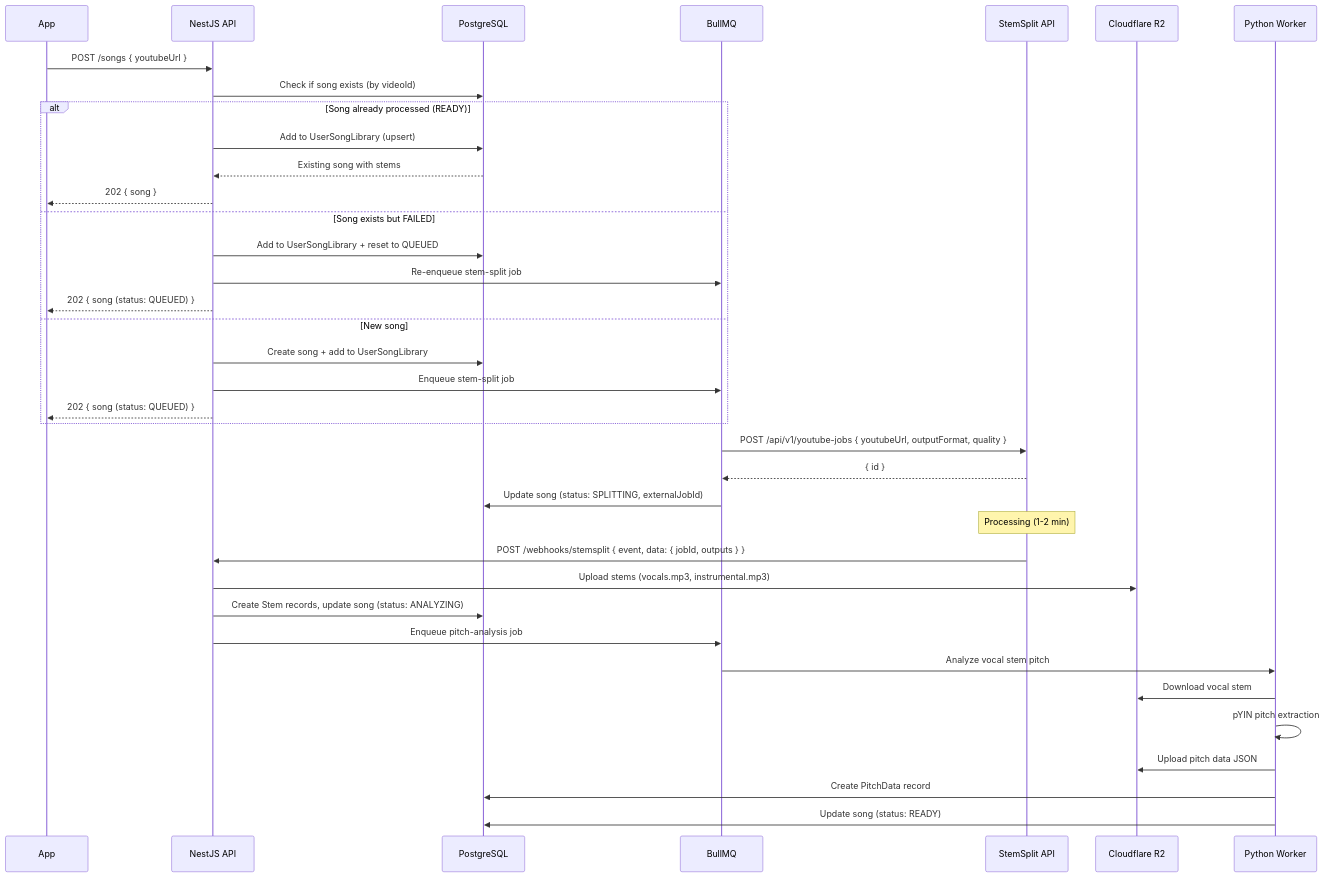
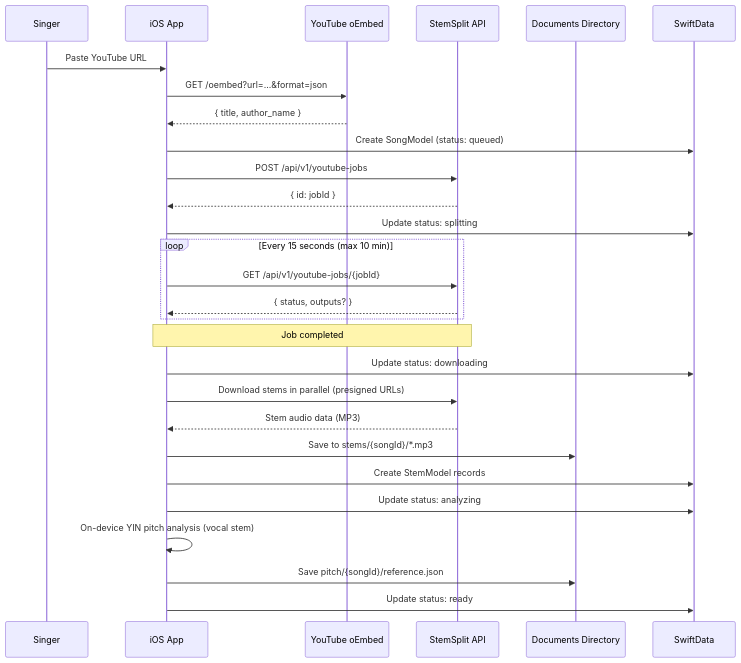
One commit to pawelgawliczek/intonavio-local changed the first of 2 diagrams in docs/03-api-design.md. Above: the diagram before and after it, drawn with Mermaid. The commit also changed other lines of this file and 88 other files, not shown here.

First line of the commit message:
Migrate to fully on-device architecture

````diff
--- a/docs/03-api-design.md
+++ b/docs/03-api-design.md
@@ -85,44 +191,36 @@
 ```mermaid
 sequenceDiagram
-    participant Client as App
-    participant API as NestJS API
-    participant DB as PostgreSQL
-    participant Queue as BullMQ
+    participant User as Singer
+    participant App as iOS App
+    participant OE as YouTube oEmbed
     participant SS as StemSplit API
-    participant R2 as Cloudflare R2
-    participant Worker as Python Worker
+    participant Disk as Documents Directory
+    participant SD as SwiftData
 
-    Client->>API: POST /songs { youtubeUrl }
-    API->>DB: Check if song exists (by videoId)
-    alt Song already processed (READY)
-        API->>DB: Add to UserSongLibrary (upsert)
-        DB-->>API: Existing song with stems
-        API-->>Client: 202 { song }
-    else Song exists but FAILED
-        API->>DB: Add to UserSongLibrary + reset to QUEUED
-        API->>Queue: Re-enqueue stem-split job
-        API-->>Client: 202 { song (status: QUEUED) }
-    else New song
-        API->>DB: Create song + add to UserSongLibrary
-        API->>Queue: Enqueue stem-split job
-        API-->>Client: 202 { song (status: QUEUED) }
+    User->>App: Paste YouTube URL
+    App->>OE: GET /oembed?url=...&format=json
+    OE-->>App: { title, author_name }
+    App->>SD: Create SongModel (status: queued)
+
+    App->>SS: POST /api/v1/youtube-jobs
+    SS-->>App: { id: jobId }
+    App->>SD: Update status: splitting
+
+    loop Every 15 seconds (max 10 min)
+        App->>SS: GET /api/v1/youtube-jobs/{jobId}
+        SS-->>App: { status, outputs? }
     end
 
-    Queue->>SS: POST /api/v1/youtube-jobs { youtubeUrl, outputFormat, quality }
-    SS-->>Queue: { id }
-    Queue->>DB: Update song (status: SPLITTING, externalJobId)
+    Note over App,SS: Job completed
 
-    Note over SS: Processing (1-2 min)
+    App->>SD: Update status: downloading
+    App->>SS: Download stems in parallel (presigned URLs)
+    SS-->>App: Stem audio data (MP3)
+    App->>Disk: Save to stems/{songId}/*.mp3
+    App->>SD: Create StemModel records
 
-    SS->>API: POST /webhooks/stemsplit { event, data: { jobId, outputs } }
-    API->>R2: Upload stems (vocals.mp3, instrumental.mp3)
-    API->>DB: Create Stem records, update song (status: ANALYZING)
-    API->>Queue: Enqueue pitch-analysis job
-
-    Queue->>Worker: Analyze vocal stem pitch
-    Worker->>R2: Download vocal stem
-    Worker->>Worker: pYIN pitch extraction
-    Worker->>R2: Upload pitch data JSON
-    Worker->>DB: Create PitchData record
-    Worker->>DB: Update song (status: READY)
+    App->>SD: Update status: analyzing
+    App->>App: On-device YIN pitch analysis (vocal stem)
+    App->>Disk: Save pitch/{songId}/reference.json
+    App->>SD: Update status: ready
 ```
````
